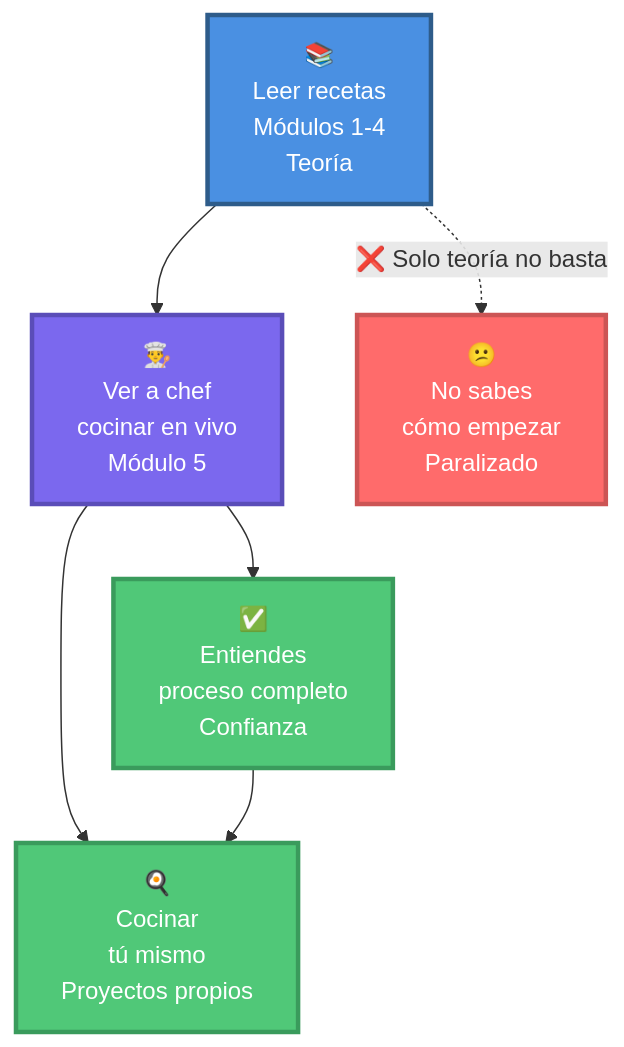
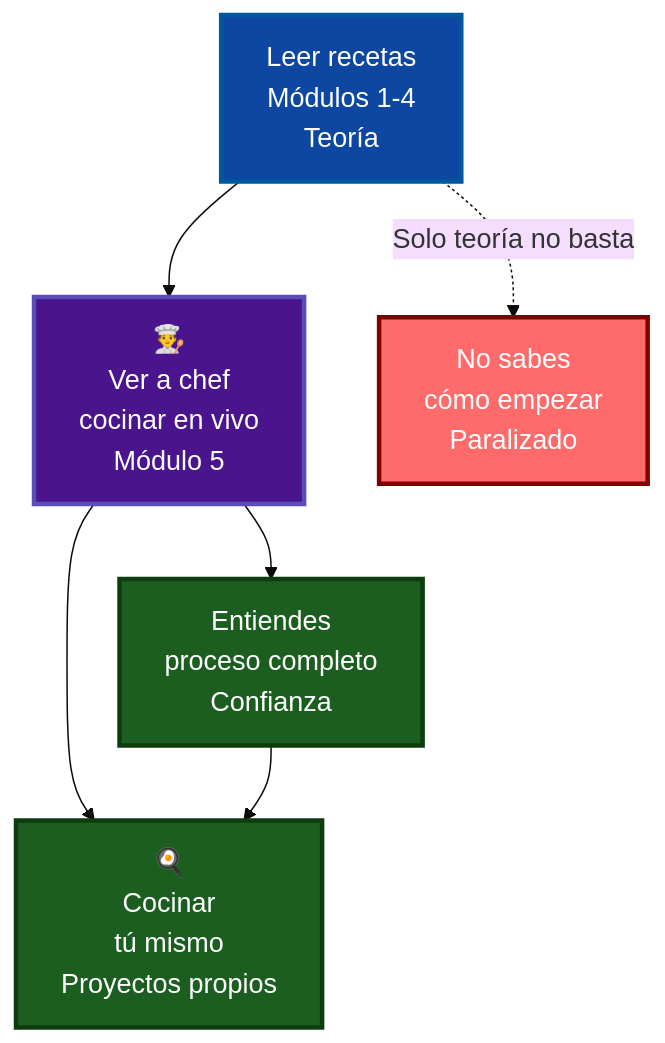
The first of 8 diagrams in courses/🟡-development/FPUNA-2026/00-FUNDAMENTOS-PRINCIPALES/05-proyecto-en-vivo.md (Ai-Whisperers/Courses-Content), drawn with Mermaid before and after one commit. The commit also changed other lines of this file and 47 other files, not shown here.

First line of the commit message:
fix: Make all 473 diagrams WCAG AAA accessible (FPUNA-2026)

````diff
--- a/courses/🟡-development/FPUNA-2026/00-FUNDAMENTOS-PRINCIPALES/05-proyecto-en-vivo.md
+++ b/courses/🟡-development/FPUNA-2026/00-FUNDAMENTOS-PRINCIPALES/05-proyecto-en-vivo.md
@@ -67,15 +67,16 @@
 ```mermaid
+%%{init: {'theme':'base', 'themeVariables': {'fontSize':'18px'}}}%%
 graph TB
-    A["📚<br/>Leer recetas<br/>Módulos 1-4<br/>Teoría"] --> B["👨‍🍳<br/>Ver a chef<br/>cocinar en vivo<br/>Módulo 5"]
+    A["Leer recetas<br/>Módulos 1-4<br/>Teoría"] --> B["👨‍🍳<br/>Ver a chef<br/>cocinar en vivo<br/>Módulo 5"]
     B --> C["🍳<br/>Cocinar<br/>tú mismo<br/>Proyectos propios"]
     
-    A -.❌ Solo teoría no basta.-> D["😕<br/>No sabes<br/>cómo empezar<br/>Paralizado"]
-    B --> E["✅<br/>Entiendes<br/>proceso completo<br/>Confianza"]
+    A -.Solo teoría no basta.-> D["No sabes<br/>cómo empezar<br/>Paralizado"]
+    B --> E["Entiendes<br/>proceso completo<br/>Confianza"]
     E --> C
     
-    style A fill:#4A90E2,stroke:#2E5C8A,stroke-width:3px,color:#fff
-    style B fill:#7B68EE,stroke:#5A4DB8,stroke-width:3px,color:#fff
-    style C fill:#50C878,stroke:#3A9B5C,stroke-width:3px,color:#fff
-    style D fill:#FF6B6B,stroke:#CC5555,stroke-width:3px,color:#fff
-    style E fill:#50C878,stroke:#3A9B5C,stroke-width:3px,color:#fff
+    style A fill:#0d47a1,stroke:#01579b,stroke-width:3px,color:#fff
+    style B fill:#4a148c,stroke:#5A4DB8,stroke-width:3px,color:#fff
+    style C fill:#1b5e20,stroke:#0d3d0f,stroke-width:3px,color:#fff
+    style D fill:#FF6B6B,stroke:#7f0000,stroke-width:3px,color:#fff
+    style E fill:#1b5e20,stroke:#0d3d0f,stroke-width:3px,color:#fff
 ```
````
